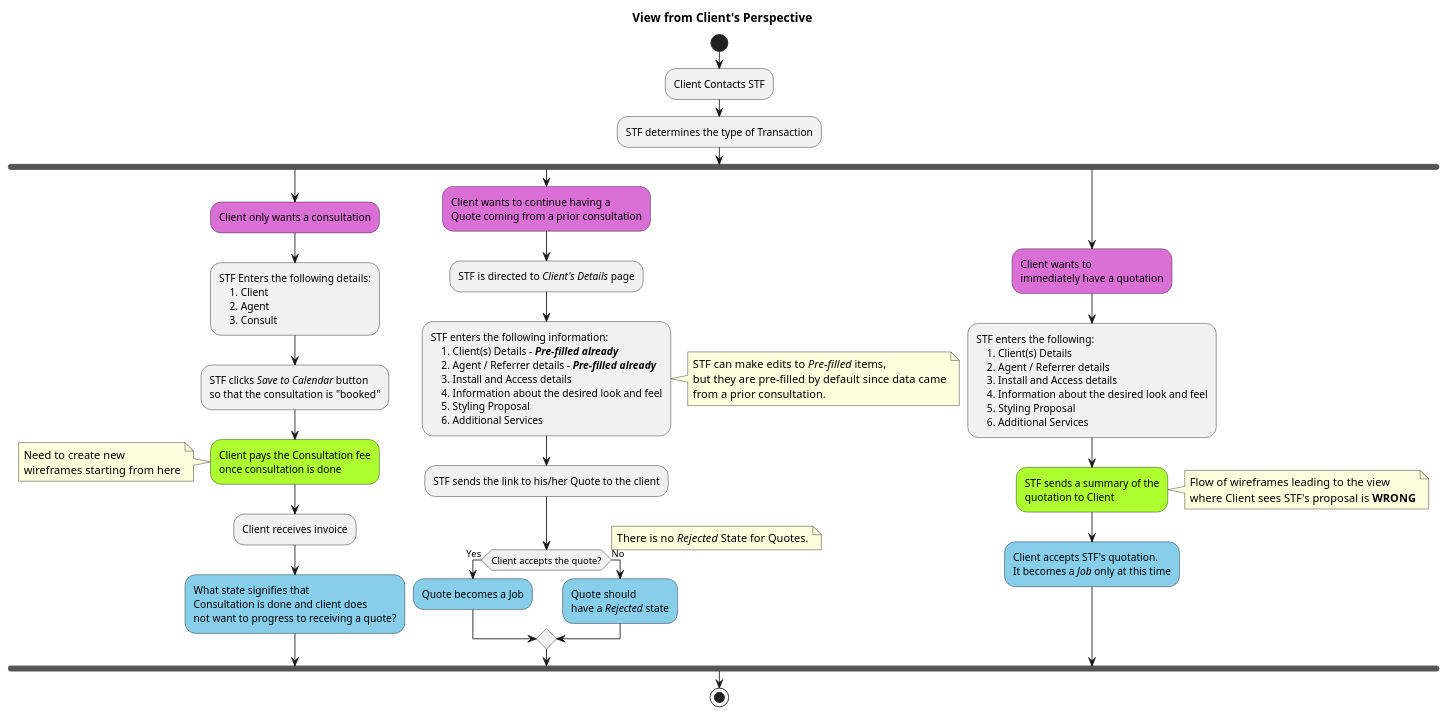
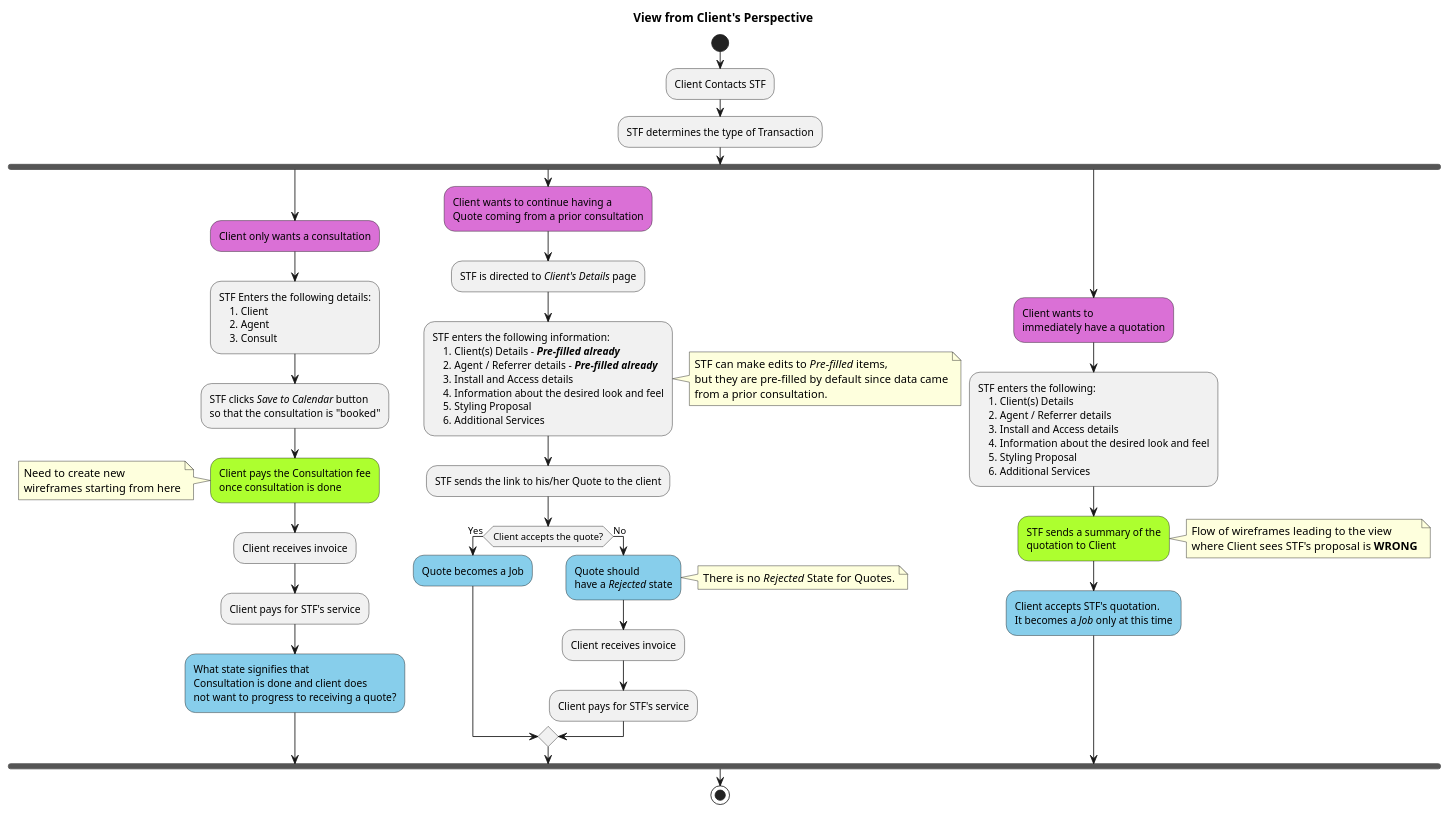
Before and after one commit to jpgacrama/NovariSpecs: the diagram in Client/Client_HighLevelFlow.pu, drawn with PlantUML.

Commit message:
Fixed the location of the note
Now, I need to write something signifying the process of Archiving a Quote and/or Consult

```diff
--- a/Client/Client_HighLevelFlow.pu
+++ b/Client/Client_HighLevelFlow.pu
@@ -7,85 +7,89 @@
 @startuml
     title View from Client's Perspective
     start
     :Client Contacts STF;
     :STF determines the type of Transaction;
 
     fork
         #Orchid:Client only wants a consultation;
         :STF Enters the following details:
             1. Client
             2. Agent
             3. Consult;
         :STF clicks //Save to Calendar// button
         so that the consultation is "booked";
         
         #GreenYellow:Client pays the Consultation fee
         once consultation is done;
 
         note left
             Need to create new
             wireframes starting from here
         end note
 
         :Client receives invoice;
+        :Client pays for STF's service;
         #SkyBlue:What state signifies that
         Consultation is done and client does
         not want to progress to receiving a quote?;
     
     fork again
         #Orchid:Client wants to continue having a
         Quote coming from a prior consultation;
 
         :STF is directed to //Client's Details// page;
         :STF enters the following information:
             1. Client(s) Details - **//Pre-filled already//**
             2. Agent / Referrer details - **//Pre-filled already//**
             3. Install and Access details
             4. Information about the desired look and feel
             5. Styling Proposal
             6. Additional Services;
 
         note right
             STF can make edits to //Pre-filled// items,
             but they are pre-filled by default since data came
             from a prior consultation.
         end note
 
         :STF sends the link to his/her Quote to the client;
 
         if (Client accepts the quote?) then (Yes)
             #SkyBlue:Quote becomes a Job;
         else (No)
             #SkyBlue:Quote should
             have a //Rejected// state;
+
+            note right
+                There is no //Rejected// State for Quotes.
+            end note
+            :Client receives invoice;
+            :Client pays for STF's service;
         endif
 
-        note right
-            There is no //Rejected// State for Quotes.
-        end note
     fork again
         #Orchid:Client wants to
         immediately have a quotation;
 
         :STF enters the following:
             1. Client(s) Details
             2. Agent / Referrer details
             3. Install and Access details
             4. Information about the desired look and feel
             5. Styling Proposal
             6. Additional Services;
 
         #GreenYellow:STF sends a summary of the
         quotation to Client;
 
         note right
             Flow of wireframes leading to the view
             where Client sees STF's proposal is **WRONG**
         end note
 
         #SkyBlue:Client accepts STF's quotation.
         It becomes a //Job// only at this time;
     end fork
 
     stop
 @enduml
```
